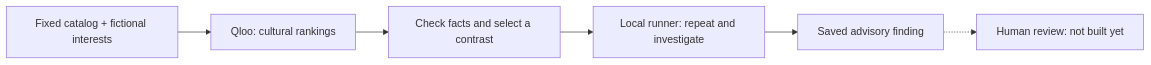
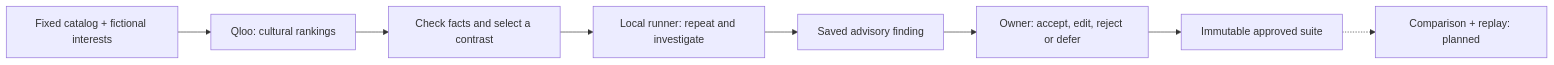
The first of 2 diagrams in README.md (CryptoZephyr/tastecase), drawn with Mermaid before and after one commit. The commit also changed other lines of this file and 15 other files, not shown here.

Commit message:
Add owner review and immutable suite publication

````diff
--- a/README.md
+++ b/README.md
@@ -34,8 +36,10 @@
 ```mermaid
 flowchart LR
   Input["Fixed catalog + fictional interests"] --> Qloo["Qloo: cultural rankings"]
   Qloo --> Case["Check facts and select a contrast"]
   Case --> Runner["Local runner: repeat and investigate"]
   Runner --> Finding["Saved advisory finding"]
-  Finding -.-> Review["Human review: not built yet"]
+  Finding --> Review["Owner: accept, edit, reject or defer"]
+  Review --> Suite["Immutable approved suite"]
+  Suite -.-> Replay["Comparison + replay: planned"]
 ```
````
